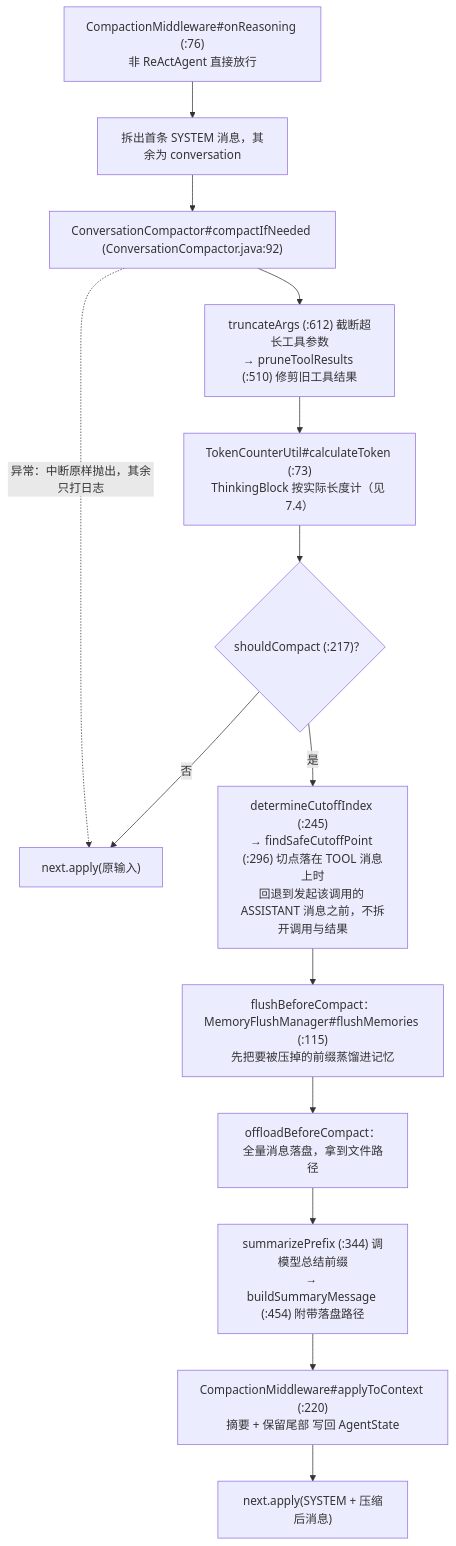
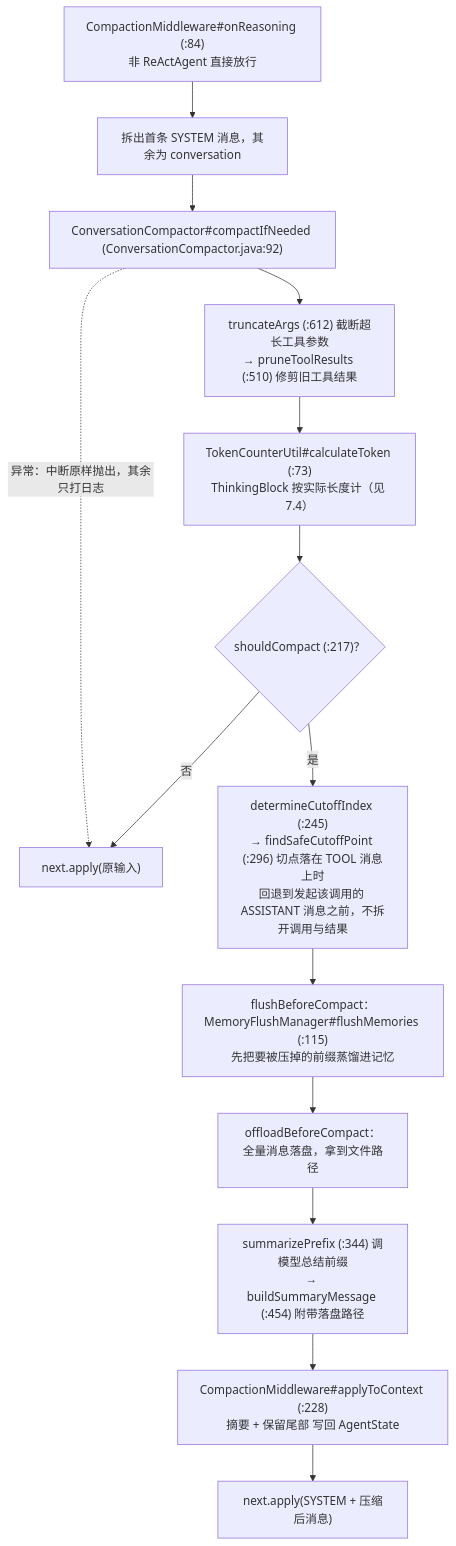
The fourth of 5 diagrams in 07-Harness工程化外壳.md (liulangjietou/AgentScope-source-analysis), drawn with Mermaid before and after one commit. The commit also changed other lines of this file, not shown here.

````diff
--- a/07-Harness工程化外壳.md
+++ b/07-Harness工程化外壳.md
@@ -112,16 +124,16 @@
 ```mermaid
 flowchart TB
-    CM["CompactionMiddleware#onReasoning (:76)<br/>非 ReActAgent 直接放行"] --> SPLIT["拆出首条 SYSTEM 消息，其余为 conversation"]
+    CM["CompactionMiddleware#onReasoning (:84)<br/>非 ReActAgent 直接放行"] --> SPLIT["拆出首条 SYSTEM 消息，其余为 conversation"]
     SPLIT --> CI["ConversationCompactor#compactIfNeeded (ConversationCompactor.java:92)"]
     CI --> PRE["truncateArgs (:612) 截断超长工具参数<br/>→ pruneToolResults (:510) 修剪旧工具结果"]
     PRE --> TOK["TokenCounterUtil#calculateToken (:73)<br/>ThinkingBlock 按实际长度计（见 7.4）"]
     TOK --> SC{"shouldCompact (:217)？"}
     SC -->|"否"| PASS["next.apply(原输入)"]
     SC -->|"是"| CUT["determineCutoffIndex (:245)<br/>→ findSafeCutoffPoint (:296) 切点落在 TOOL 消息上时<br/>回退到发起该调用的 ASSISTANT 消息之前，不拆开调用与结果"]
     CUT --> FL["flushBeforeCompact：MemoryFlushManager#flushMemories (:115)<br/>先把要被压掉的前缀蒸馏进记忆"]
     FL --> OFF["offloadBeforeCompact：全量消息落盘，拿到文件路径"]
     OFF --> SUMM["summarizePrefix (:344) 调模型总结前缀<br/>→ buildSummaryMessage (:454) 附带落盘路径"]
-    SUMM --> APPLY["CompactionMiddleware#applyToContext (:220)<br/>摘要 + 保留尾部 写回 AgentState"]
+    SUMM --> APPLY["CompactionMiddleware#applyToContext (:228)<br/>摘要 + 保留尾部 写回 AgentState"]
     APPLY --> NEXT["next.apply(SYSTEM + 压缩后消息)"]
     CI -.->|"异常：中断原样抛出，其余只打日志"| PASS
 ```
````
